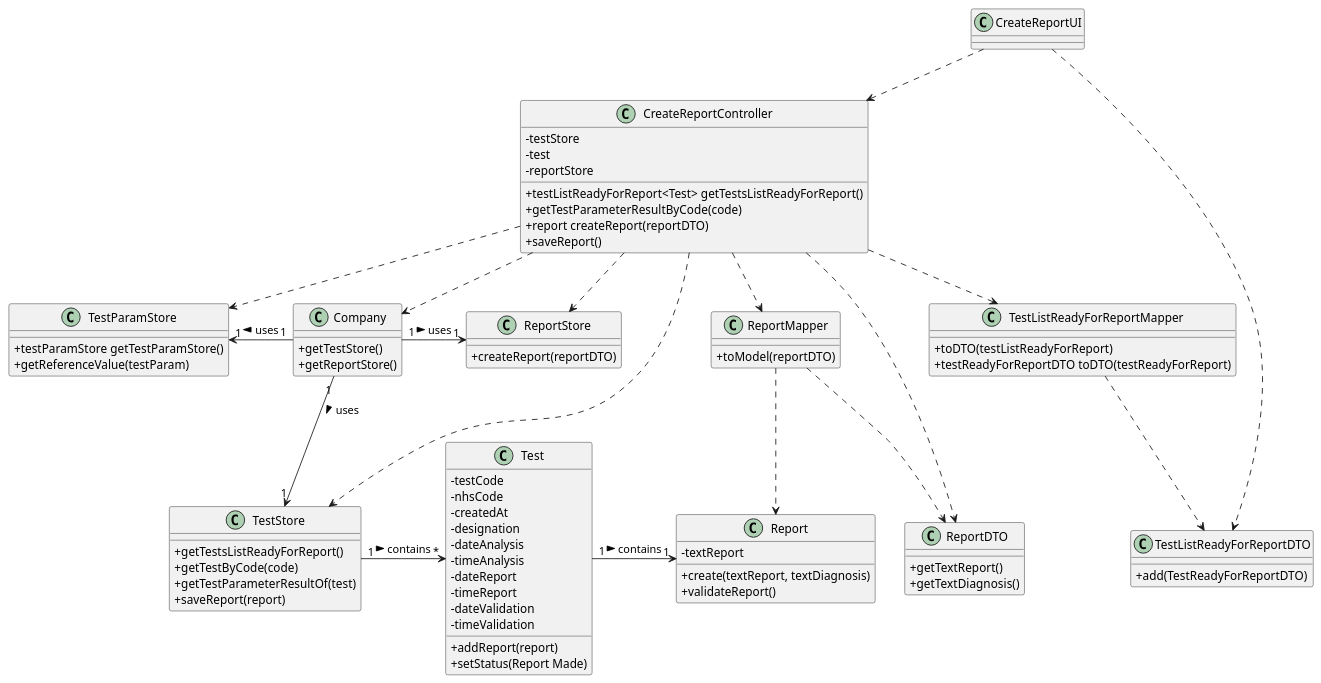
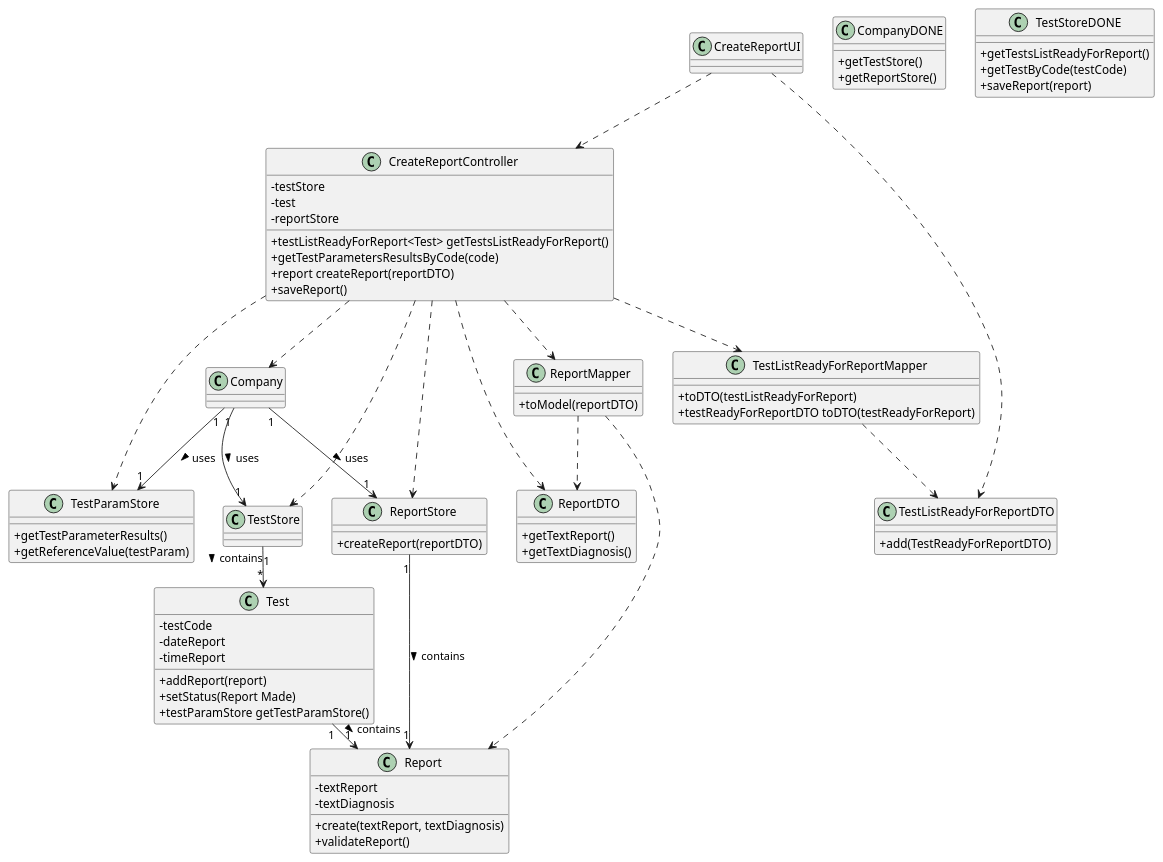
The diagram in docs/SprintC/US14/US14_CD.puml (MadDinosaur/ISEP-LAPR2), drawn with PlantUML before and after one commit. The commit also changed 9 other files, not shown here.

```diff
--- a/docs/SprintC/US14/US14_CD.puml
+++ b/docs/SprintC/US14/US14_CD.puml
@@ -1,104 +1,99 @@
 @startuml
 
 skinparam classAttributeIconSize 0
 
 class CreateReportUI
 
 class CreateReportController {
 -testStore
 -test
 -reportStore
 
 
 +testListReadyForReport<Test> getTestsListReadyForReport()
-+getTestParameterResultByCode(code)
++getTestParametersResultsByCode(code)
 +report createReport(reportDTO)
 +saveReport()
 }
 
-class Company {
+class CompanyDONE {
 +getTestStore()
 +getReportStore()
 }
 
-class TestStore {
+class TestStoreDONE {
 +getTestsListReadyForReport()
-+getTestByCode(code)
-+getTestParameterResultOf(test)
++getTestByCode(testCode)
 +saveReport(report)
 }
 
 class Test {
 -testCode
--nhsCode
--createdAt
--designation
--dateAnalysis
--timeAnalysis
 -dateReport
 -timeReport
--dateValidation
--timeValidation
 
 +addReport(report)
 +setStatus(Report Made)
++testParamStore getTestParamStore()
 }
 
 class ReportStore {
 +createReport(reportDTO)
 }
 
 class ReportMapper {
 +toModel(reportDTO)
 }
 
 class ReportDTO {
 +getTextReport()
 +getTextDiagnosis()
 }
 
 class Report {
 -textReport
+-textDiagnosis
 
 +create(textReport, textDiagnosis)
 +validateReport()
 }
 
 class TestListReadyForReportMapper {
 +toDTO(testListReadyForReport)
 +testReadyForReportDTO toDTO(testReadyForReport)
 }
 
 class TestListReadyForReportDTO {
 +add(TestReadyForReportDTO)
 }
 
 class TestParamStore {
-+testParamStore getTestParamStore()
++getTestParameterResults()
 +getReferenceValue(testParam)
 }
 
 CreateReportUI ..> CreateReportController
 CreateReportController ..> Company
 Company "1"-down->"1" TestStore: uses >
-Company "1"->"1" ReportStore: uses >
-Company "1"-left->"1" TestParamStore: uses >
+Company "1"-down->"1" ReportStore: uses >
+Company "1"-down->"1" TestParamStore: uses >
 TestStore "1"->"*" Test: contains >
 Test "1"->"1" Report: contains >
 CreateReportController ..> TestStore
 CreateReportController ..> ReportStore
 
 
 CreateReportController ..> TestListReadyForReportMapper
 TestListReadyForReportMapper ..> TestListReadyForReportDTO
 
 
 CreateReportController ..> ReportDTO
 CreateReportController ..> ReportMapper
 ReportMapper ..> ReportDTO
 ReportMapper ..> Report
+ReportStore "1"-->"1" Report: contains >
 
 CreateReportController ..> TestParamStore
 
 CreateReportUI ..> TestListReadyForReportDTO
 @enduml
```
